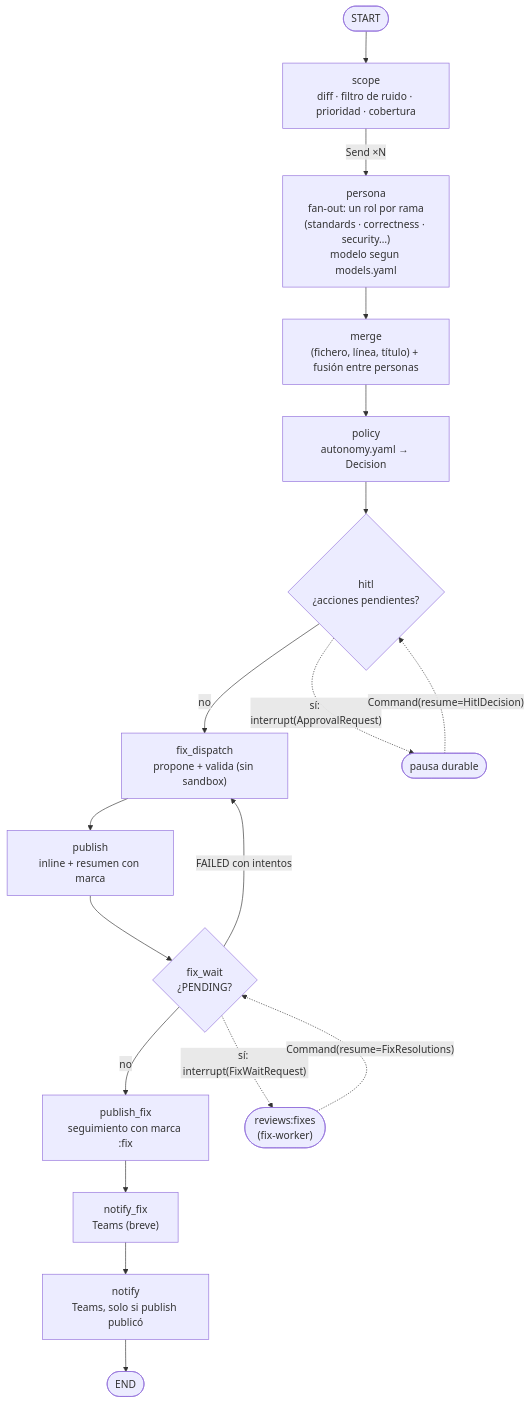
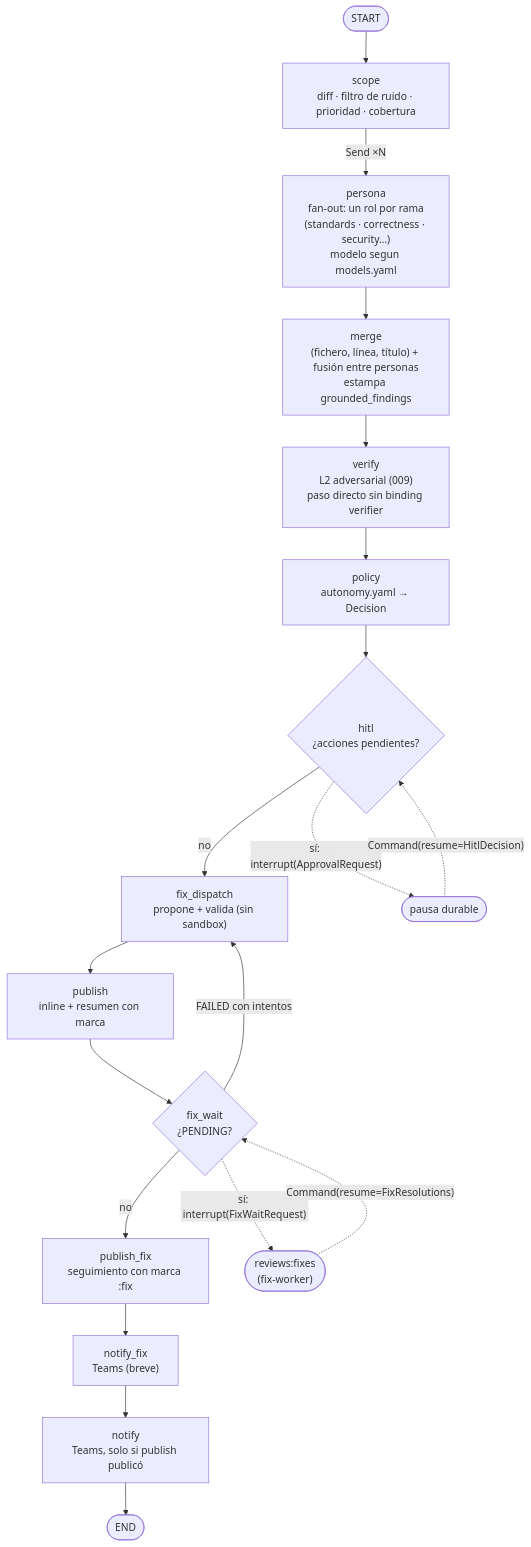
The third of 6 diagrams in docs/arquitectura.md (pcgarat/agent-review-langgraph), drawn with Mermaid before and after one commit. The commit also changed other lines of this file and 30 other files, not shown here.

First line of the commit message:
feat(009): verificador adversarial L2 entre merge y policy

````diff
--- a/docs/arquitectura.md
+++ b/docs/arquitectura.md
@@ -143,20 +144,21 @@
 ```mermaid
 flowchart TD
     START([START]) --> scope
     scope["scope<br/>diff · filtro de ruido · prioridad · cobertura"] -->|"Send ×N"| persona
     persona["persona<br/>fan-out: un rol por rama<br/>(standards · correctness · security…)<br/>modelo segun models.yaml"] --> merge
-    merge["merge<br/>(fichero, línea, título) + fusión entre personas"] --> policy
+    merge["merge<br/>(fichero, línea, título) + fusión entre personas<br/>estampa grounded_findings"] --> verify
+    verify["verify<br/>L2 adversarial (009)<br/>paso directo sin binding verifier"] --> policy
     policy["policy<br/>autonomy.yaml → Decision"] --> hitl
     hitl{"hitl<br/>¿acciones pendientes?"} -->|no| fix_dispatch
     hitl -.->|"sí: interrupt(ApprovalRequest)"| PAUSE(["pausa durable"])
     PAUSE -.->|"Command(resume=HitlDecision)"| hitl
     fix_dispatch["fix_dispatch<br/>propone + valida (sin sandbox)"] --> publish
     publish["publish<br/>inline + resumen con marca"] --> fix_wait
     fix_wait{"fix_wait<br/>¿PENDING?"} -->|no| publish_fix
     fix_wait -.->|"sí: interrupt(FixWaitRequest)"| FIXPAUSE(["reviews:fixes<br/>(fix-worker)"])
     FIXPAUSE -.->|"Command(resume=FixResolutions)"| fix_wait
     fix_wait -->|"FAILED con intentos"| fix_dispatch
     publish_fix["publish_fix<br/>seguimiento con marca :fix"] --> notify_fix
     notify_fix["notify_fix<br/>Teams (breve)"] --> notify
     notify["notify<br/>Teams, solo si publish publicó"] --> END([END])
 ```
````
